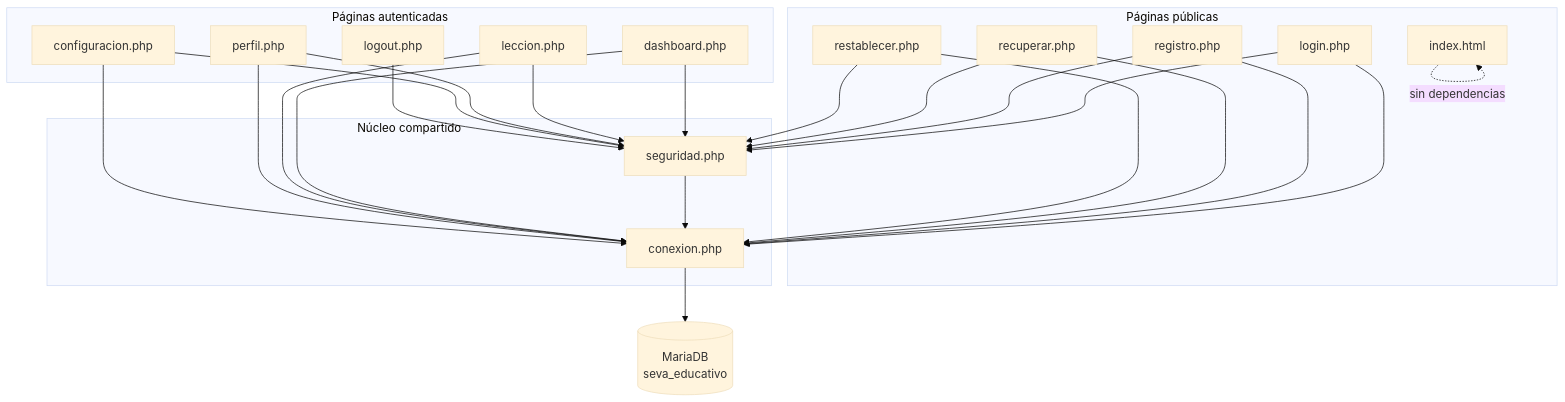
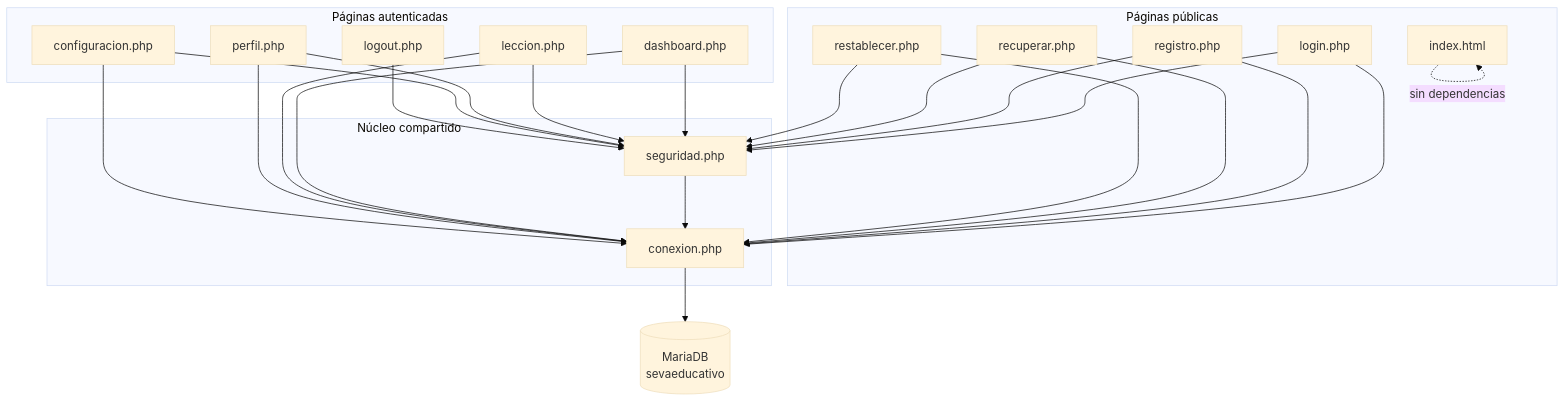
Before and after one commit to Cathartes137-projects/seva: the diagram in docs/AUDITORIA/01-inventario.md, drawn with Mermaid (base theme). The commit also changed other lines of this file and 290 other files, not shown here.

````diff
--- a/docs/AUDITORIA/01-inventario.md
+++ b/docs/AUDITORIA/01-inventario.md
@@ -88,48 +88,48 @@
 ```mermaid
 flowchart TD
     subgraph PUB[Páginas públicas]
         IDX[index.html]
         LOG[login.php]
         REG[registro.php]
         REC[recuperar.php]
         RES[restablecer.php]
     end
 
     subgraph PRIV[Páginas autenticadas]
         DASH[dashboard.php]
         LEC[leccion.php]
         PER[perfil.php]
         CFG[configuracion.php]
         OUT[logout.php]
     end
 
     subgraph CORE[Núcleo compartido]
         SEG[seguridad.php]
         CON[conexion.php]
     end
 
-    DB[(MariaDB<br/>seva_educativo)]
+    DB[(MariaDB<br/>sevaeducativo)]
 
     CON --> DB
     SEG --> CON
 
     LOG --> CON
     LOG --> SEG
     REG --> CON
     REG --> SEG
     REC --> CON
     REC --> SEG
     RES --> CON
     RES --> SEG
     DASH --> CON
     DASH --> SEG
     LEC --> CON
     LEC --> SEG
     PER --> CON
     PER --> SEG
     CFG --> CON
     CFG --> SEG
     OUT --> SEG
 
     IDX -. sin dependencias .-> IDX
 ```
````
